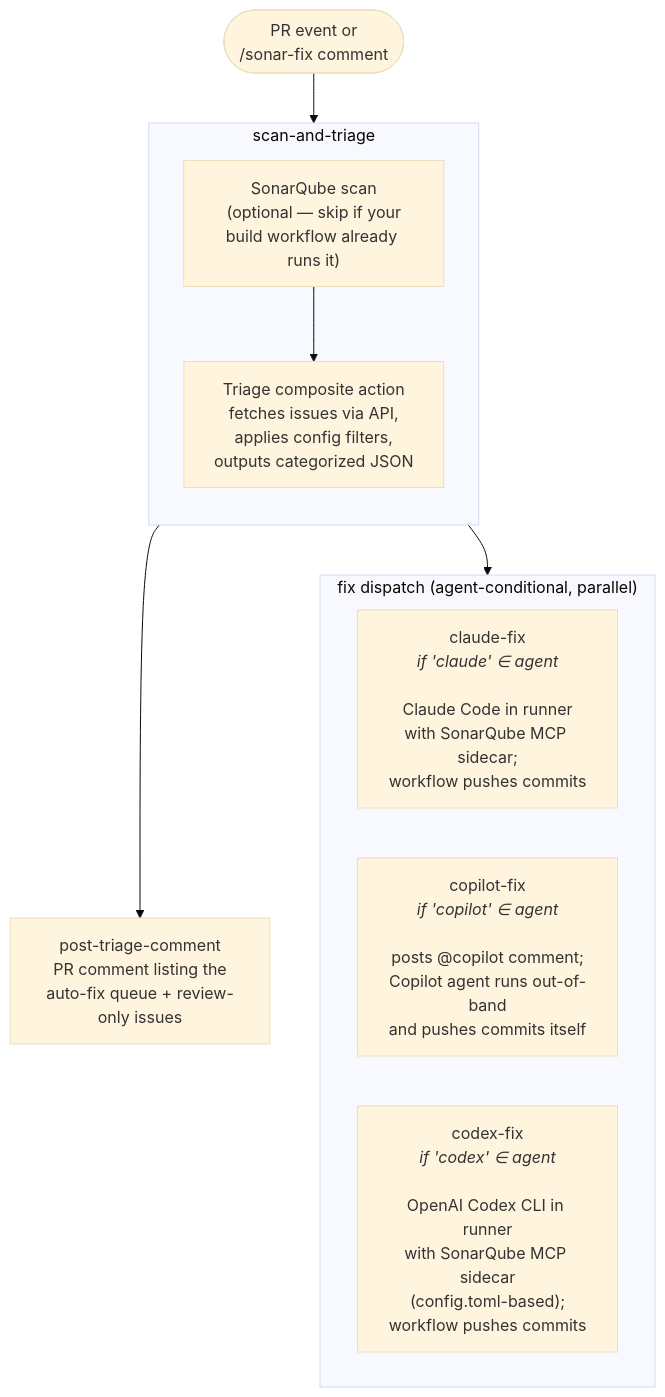
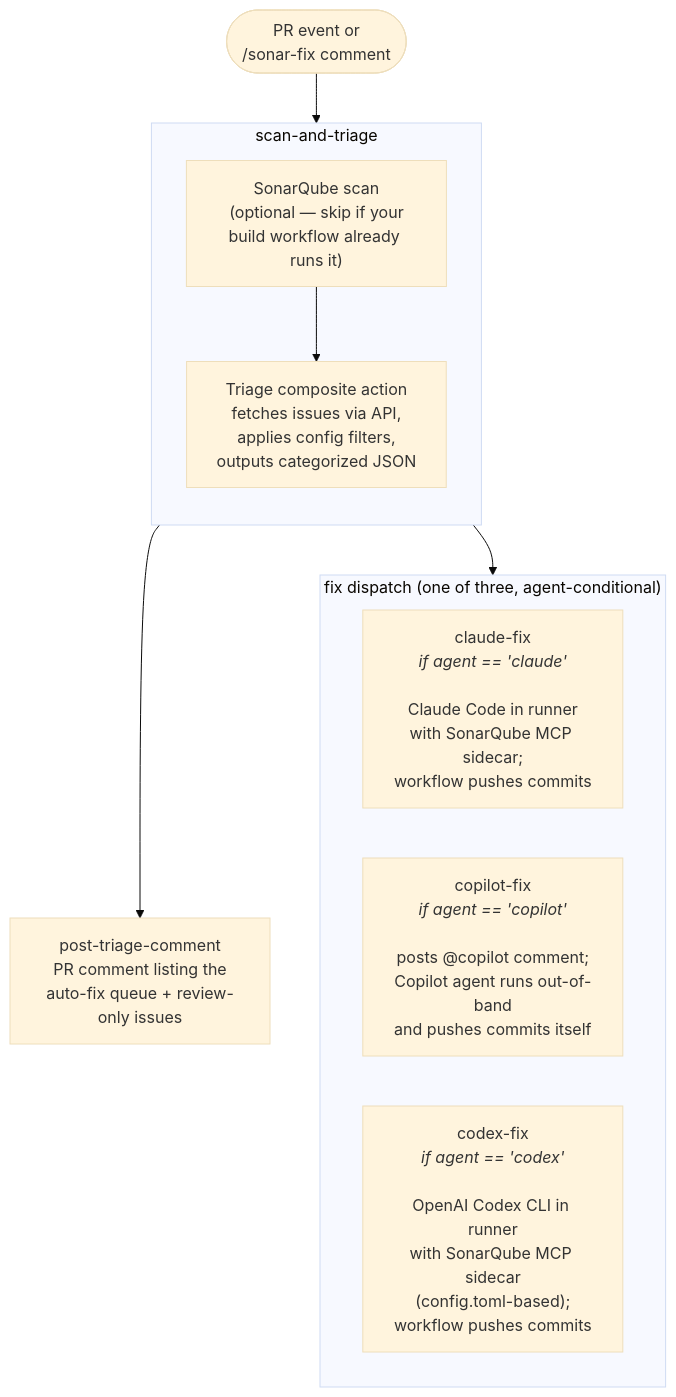
One commit to jon-lipsky-sonarsource/sonar-fix changed the second of 2 diagrams in docs/architecture.md. Above: the diagram before and after it, drawn with Mermaid (base theme). The commit also changed other lines of this file and 7 other files, not shown here.

````diff
--- a/docs/architecture.md
+++ b/docs/architecture.md
@@ -38,24 +38,24 @@
 ```mermaid
 flowchart TB
   trig([PR event or<br/>/sonar-fix comment])
 
   subgraph j1["scan-and-triage"]
     direction TB
     scan["SonarQube scan<br/>(optional — skip if your<br/>build workflow already runs it)"]
     triage["Triage composite action<br/>fetches issues via API,<br/>applies config filters,<br/>outputs categorized JSON"]
     scan --> triage
   end
 
   j2["post-triage-comment<br/>PR comment listing the<br/>auto-fix queue + review-only issues"]
 
-  subgraph j3["fix dispatch (agent-conditional, parallel)"]
+  subgraph j3["fix dispatch (one of three, agent-conditional)"]
     direction LR
-    claude["claude-fix<br/><i>if 'claude' ∈ agent</i><br/><br/>Claude Code in runner<br/>with SonarQube MCP sidecar;<br/>workflow pushes commits"]
-    copilot["copilot-fix<br/><i>if 'copilot' ∈ agent</i><br/><br/>posts @copilot comment;<br/>Copilot agent runs out-of-band<br/>and pushes commits itself"]
-    codex["codex-fix<br/><i>if 'codex' ∈ agent</i><br/><br/>OpenAI Codex CLI in runner<br/>with SonarQube MCP sidecar<br/>(config.toml-based);<br/>workflow pushes commits"]
+    claude["claude-fix<br/><i>if agent == 'claude'</i><br/><br/>Claude Code in runner<br/>with SonarQube MCP sidecar;<br/>workflow pushes commits"]
+    copilot["copilot-fix<br/><i>if agent == 'copilot'</i><br/><br/>posts @copilot comment;<br/>Copilot agent runs out-of-band<br/>and pushes commits itself"]
+    codex["codex-fix<br/><i>if agent == 'codex'</i><br/><br/>OpenAI Codex CLI in runner<br/>with SonarQube MCP sidecar<br/>(config.toml-based);<br/>workflow pushes commits"]
   end
 
   trig --> j1
   j1 --> j2
   j1 --> j3
 ```
````
